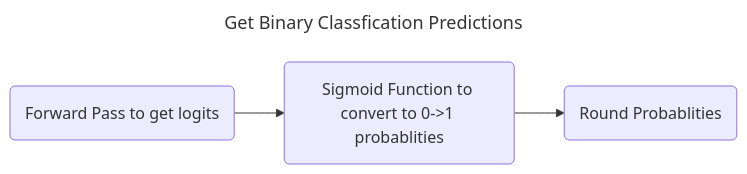
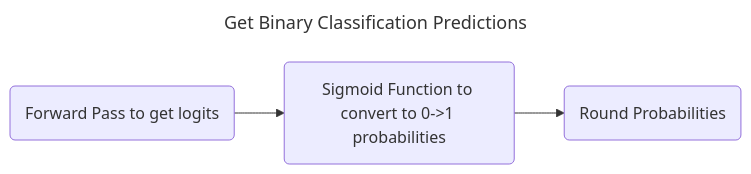
Before and after one commit to AishaEvering/PyTorch_Exercises: the first of 2 diagrams in Classification.md, drawn with Mermaid. The commit also changed other lines of this file, not shown here.

````diff
--- a/Classification.md
+++ b/Classification.md
@@ -35,8 +35,8 @@
 ```mermaid
 ---
-title: Get Binary Classfication Predictions
+title: Get Binary Classification Predictions
 ---
 flowchart LR
-    a("`Forward Pass to get logits`") --> b("`Sigmoid Function to convert to 0->1 probablities`") --> c("`Round Probablities`")
+    a("`Forward Pass to get logits`") --> b("`Sigmoid Function to convert to 0->1 probabilities`") --> c("`Round Probabilities`")
 
 ```
````
